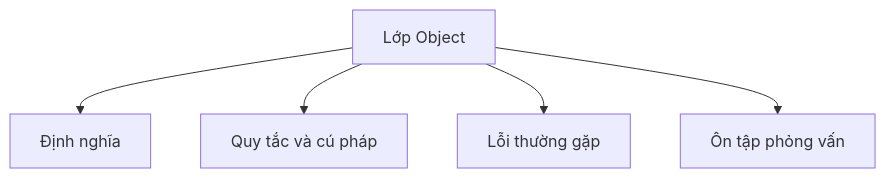
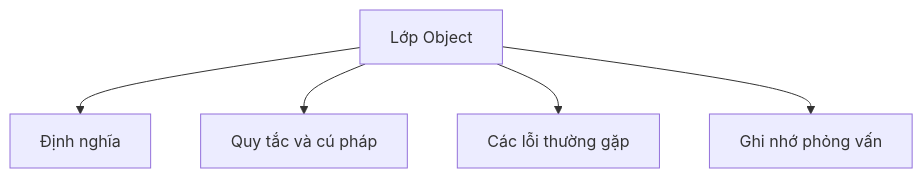
Before and after one commit to PhuThien2005/theoretical-of-java-core: the diagram in vi/14-object-class/README.md, drawn with Mermaid. The commit also changed other lines of this file and 229 other files, not shown here.

````diff
--- a/vi/14-object-class/README.md
+++ b/vi/14-object-class/README.md
@@ -44,7 +44,7 @@
 ```mermaid
 flowchart TD
     A[Lớp Object] --> B[Định nghĩa]
     A --> C[Quy tắc và cú pháp]
-    A --> D[Lỗi thường gặp]
-    A --> E[Ôn tập phỏng vấn]
+    A --> D[Các lỗi thường gặp]
+    A --> E[Ghi nhớ phỏng vấn]
 ```
````
